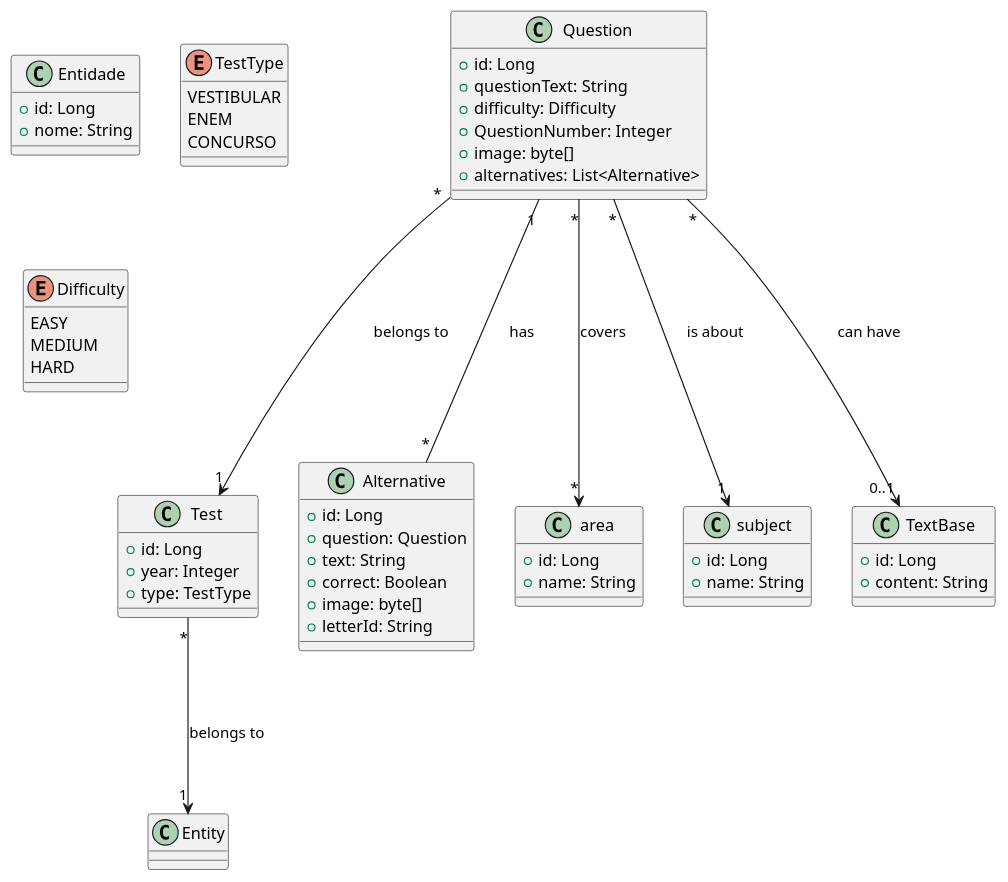
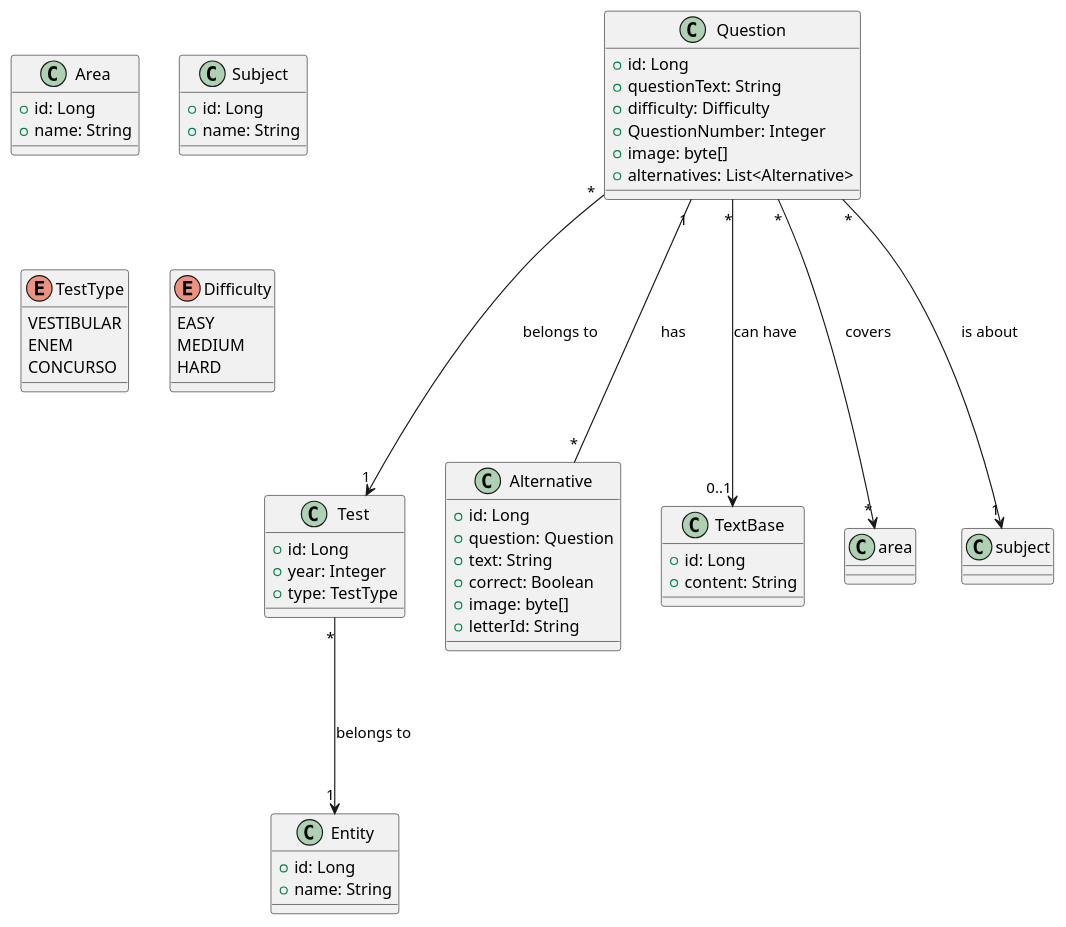
One commit to danielgut763/Stooda changed the diagram in documentation/diagrama.puml. Above: the diagram before and after it, drawn with PlantUML.

Commit message:
documentation att

```diff
--- a/documentation/diagrama.puml
+++ b/documentation/diagrama.puml
@@ -1,63 +1,63 @@
 @startuml
 
-class Entidade {
+class Entity {
     +id: Long
-    +nome: String
+    +name: String
 }
 
 class Test {
     +id: Long
     +year: Integer
     +type: TestType
 }
 
 class Question {
     +id: Long
     +questionText: String
     +difficulty: Difficulty
     +QuestionNumber: Integer
     +image: byte[]
     +alternatives: List<Alternative>
 }
 class Alternative {
     +id: Long
     +question: Question
     +text: String
     +correct: Boolean
     +image: byte[]
     +letterId: String
 }
-class area {
+class Area {
     +id: Long
     +name: String
 }
 
-class subject {
+class Subject {
     +id: Long
     +name: String
 }
 
 class TextBase {
     +id: Long
     +content: String
 }
 
 enum TestType {
     VESTIBULAR
     ENEM
     CONCURSO
 }
 
 enum Difficulty {
     EASY
     MEDIUM
     HARD
 }
 
 Test "*"--->"1" Entity : belongs to
 Question "*"--->"1" Test : belongs to
 Question "1"---"*" Alternative : has
 Question "*"--->"*" area : covers
 Question "*"--->"1" subject : is about
 Question "*"--->"0..1" TextBase : can have
 @enduml
```
